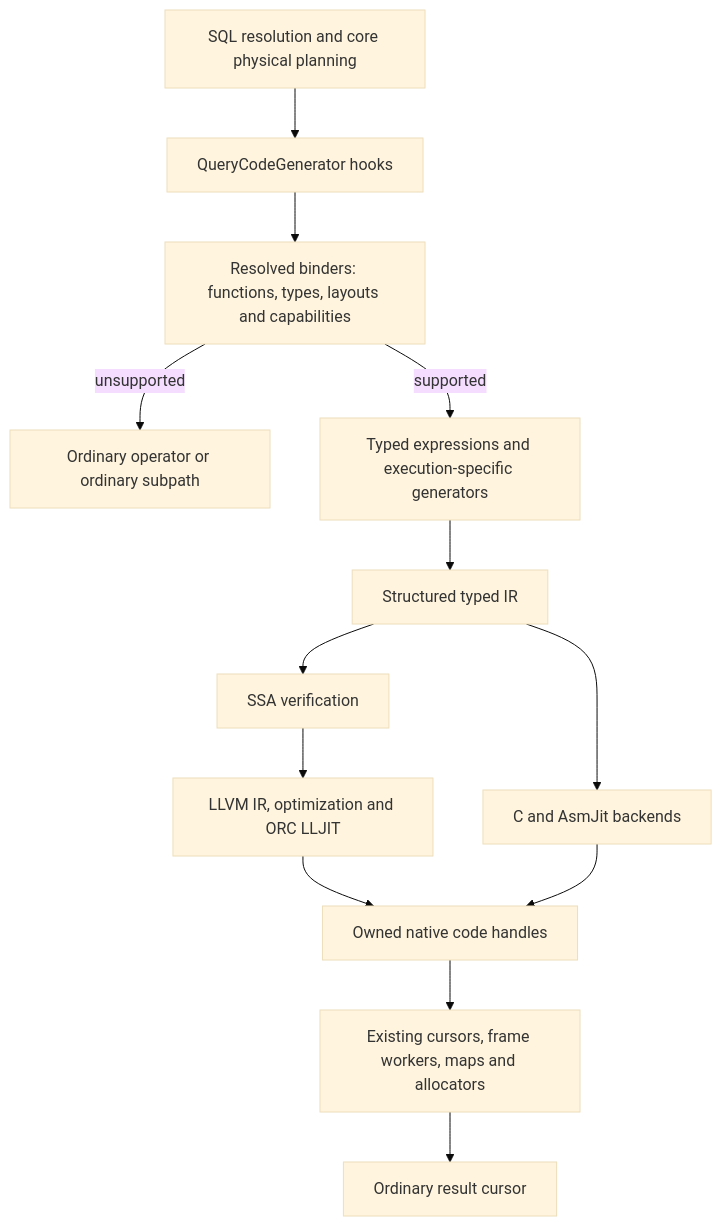
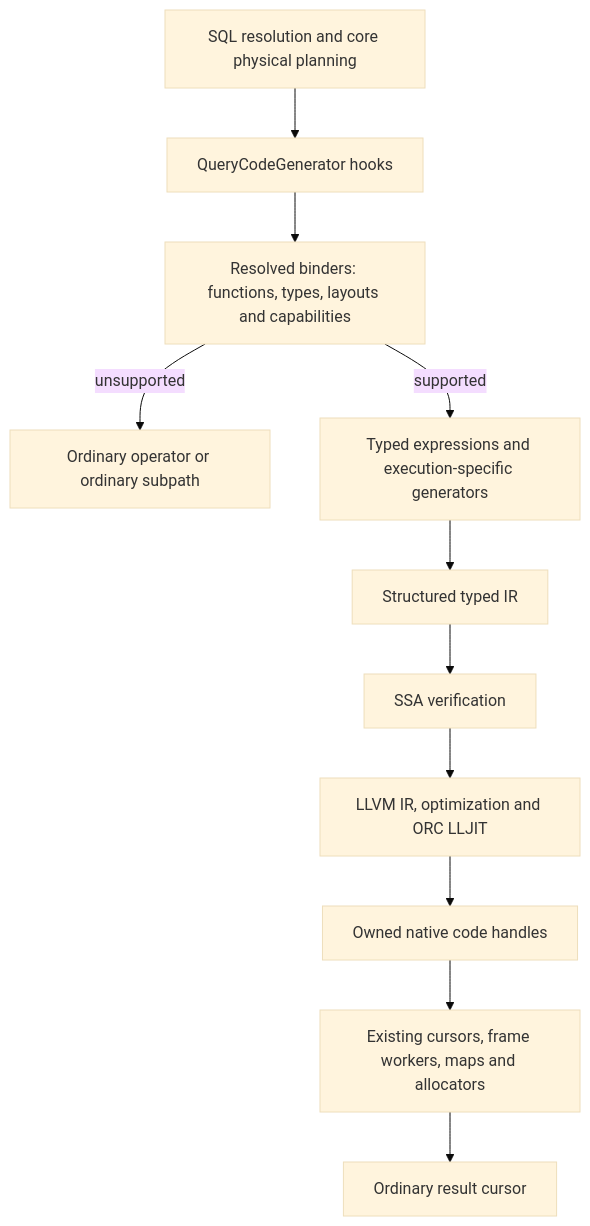
The diagram in experimental/query-compiler/ARCHITECTURE.md (jerrinot/questdb), drawn with Mermaid (base theme) before and after one commit. The commit also changed other lines of this file and 59 other files, not shown here.

````diff
--- a/experimental/query-compiler/ARCHITECTURE.md
+++ b/experimental/query-compiler/ARCHITECTURE.md
@@ -65,15 +65,13 @@
 ```mermaid
 flowchart TD
     SQL[SQL resolution and core physical planning] --> Hooks[QueryCodeGenerator hooks]
     Hooks --> Bind[Resolved binders: functions, types, layouts and capabilities]
     Bind -->|unsupported| Ordinary[Ordinary operator or ordinary subpath]
     Bind -->|supported| Plan[Typed expressions and execution-specific generators]
     Plan --> IR[Structured typed IR]
     IR --> SSA[SSA verification]
     SSA --> LLVM[LLVM IR, optimization and ORC LLJIT]
-    IR --> Other[C and AsmJit backends]
     LLVM --> Code[Owned native code handles]
-    Other --> Code
     Code --> Runtime[Existing cursors, frame workers, maps and allocators]
     Runtime --> Result[Ordinary result cursor]
 ```
````
